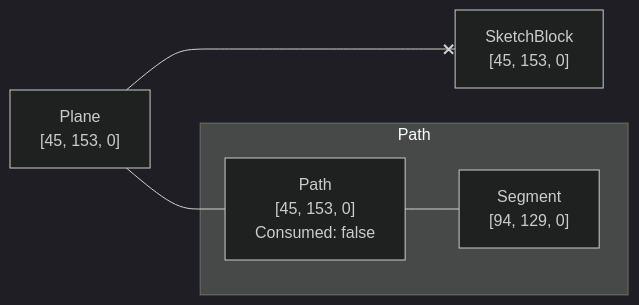
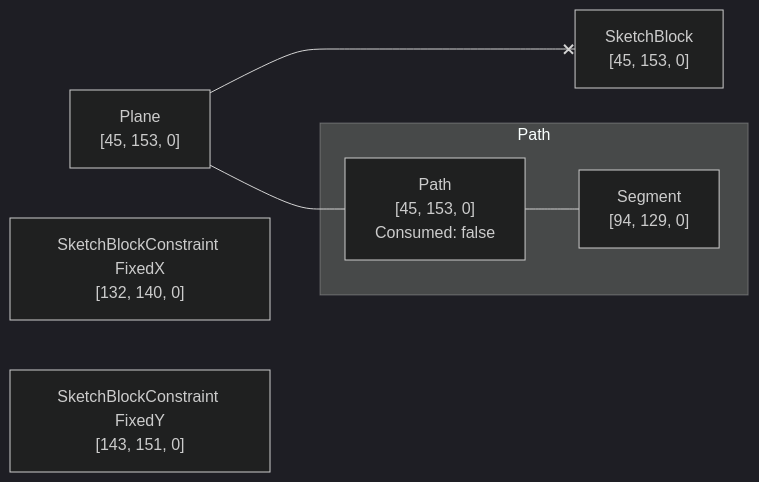
Before and after one commit to KittyCAD/modeling-app: the diagram in rust/kcl-lib/tests/sketch_block_line_simple/artifact_graph_flowchart.snap.md, drawn with Mermaid (dark theme). The commit also changed 25 other files, not shown here.

````diff
--- a/rust/kcl-lib/tests/sketch_block_line_simple/artifact_graph_flowchart.snap.md
+++ b/rust/kcl-lib/tests/sketch_block_line_simple/artifact_graph_flowchart.snap.md
@@ -1,16 +1,20 @@
 ```mermaid
 flowchart LR
   subgraph path2 [Path]
     2["Path<br>[45, 153, 0]<br>Consumed: false"]
       %% [ProgramBodyItem { index: 0 }, VariableDeclarationDeclaration, VariableDeclarationInit, SketchBlock]
     3["Segment<br>[94, 129, 0]"]
       %% [ProgramBodyItem { index: 0 }, VariableDeclarationDeclaration, VariableDeclarationInit, SketchBlock]
   end
   1["Plane<br>[45, 153, 0]"]
     %% [ProgramBodyItem { index: 0 }, VariableDeclarationDeclaration, VariableDeclarationInit, SketchBlock]
   4["SketchBlock<br>[45, 153, 0]"]
     %% [ProgramBodyItem { index: 0 }, VariableDeclarationDeclaration, VariableDeclarationInit, SketchBlock]
+  5["SketchBlockConstraint FixedX<br>[132, 140, 0]"]
+    %% [ProgramBodyItem { index: 0 }, VariableDeclarationDeclaration, VariableDeclarationInit, SketchBlock]
+  6["SketchBlockConstraint FixedY<br>[143, 151, 0]"]
+    %% [ProgramBodyItem { index: 0 }, VariableDeclarationDeclaration, VariableDeclarationInit, SketchBlock]
   1 --- 2
   1 <--x 4
   2 --- 3
 ```
````
